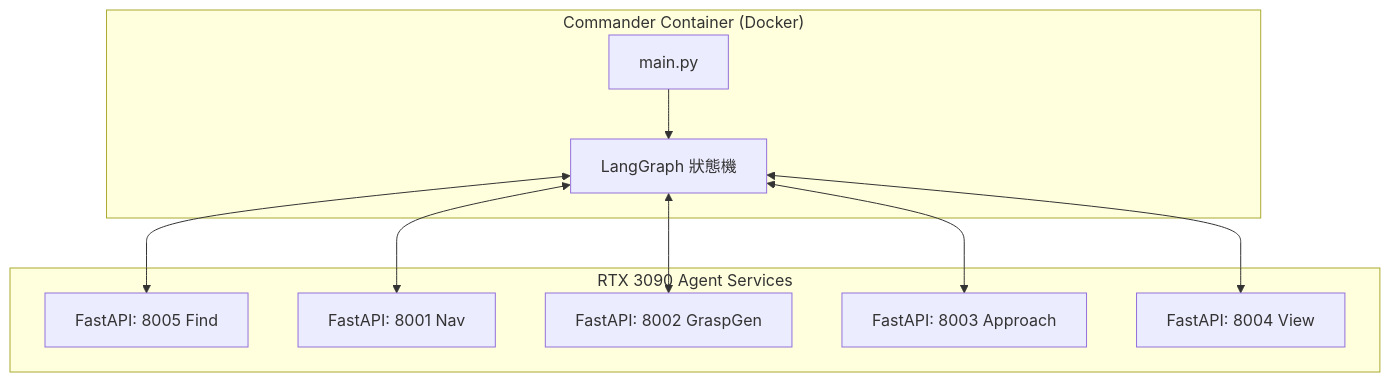
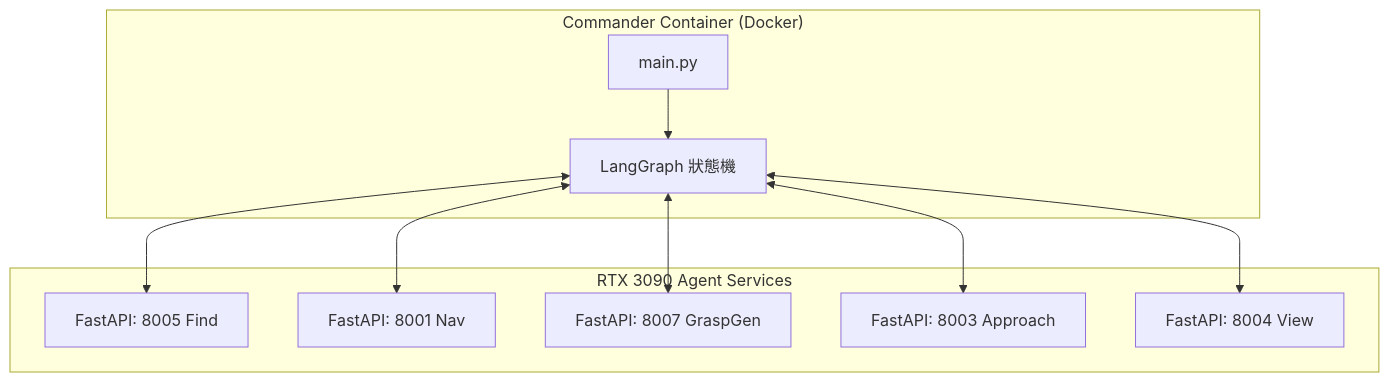
The fifth of 8 diagrams in docs/spec.md (tj1125/pros_workflow), drawn with Mermaid before and after one commit. The commit also changed other lines of this file and 4 other files, not shown here.

````diff
--- a/docs/spec.md
+++ b/docs/spec.md
@@ -127,22 +127,22 @@
 ```mermaid
 graph TD
   subgraph "Commander Container (Docker)"
     Main[main.py]
     LangGraph[LangGraph 狀態機]
   end
 
   subgraph "RTX 3090 Agent Services"
     S0[FastAPI: 8005 Find]
     S1[FastAPI: 8001 Nav]
-    S2[FastAPI: 8002 GraspGen]
+    S2[FastAPI: 8007 GraspGen]
     S3[FastAPI: 8003 Approach]
     S4[FastAPI: 8004 View]
   end
 
   Main --> LangGraph
   LangGraph <--> S0
   LangGraph <--> S1
   LangGraph <--> S2
   LangGraph <--> S3
   LangGraph <--> S4
 ```
````
